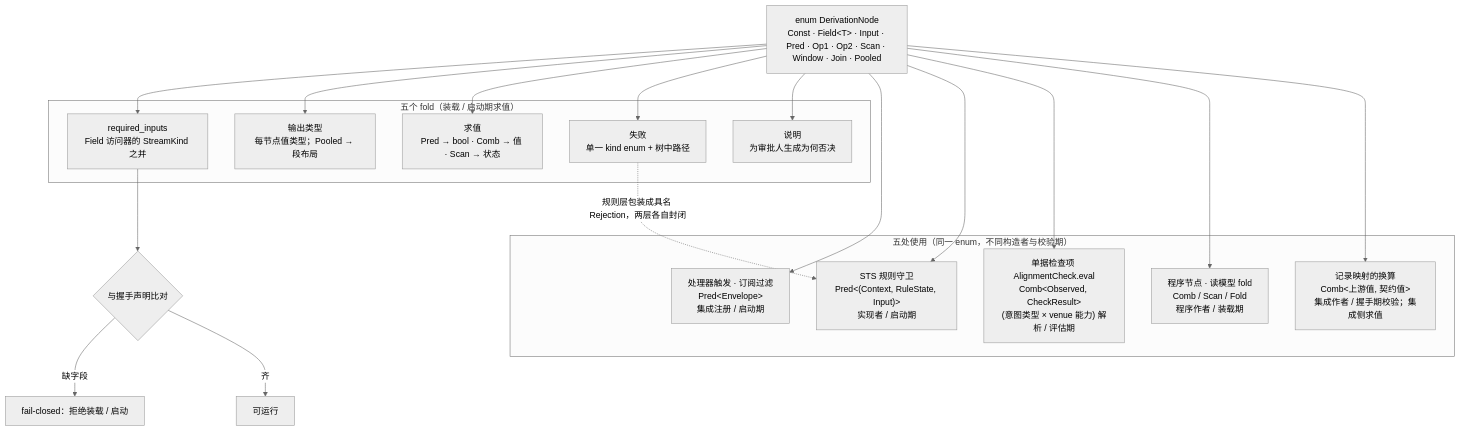
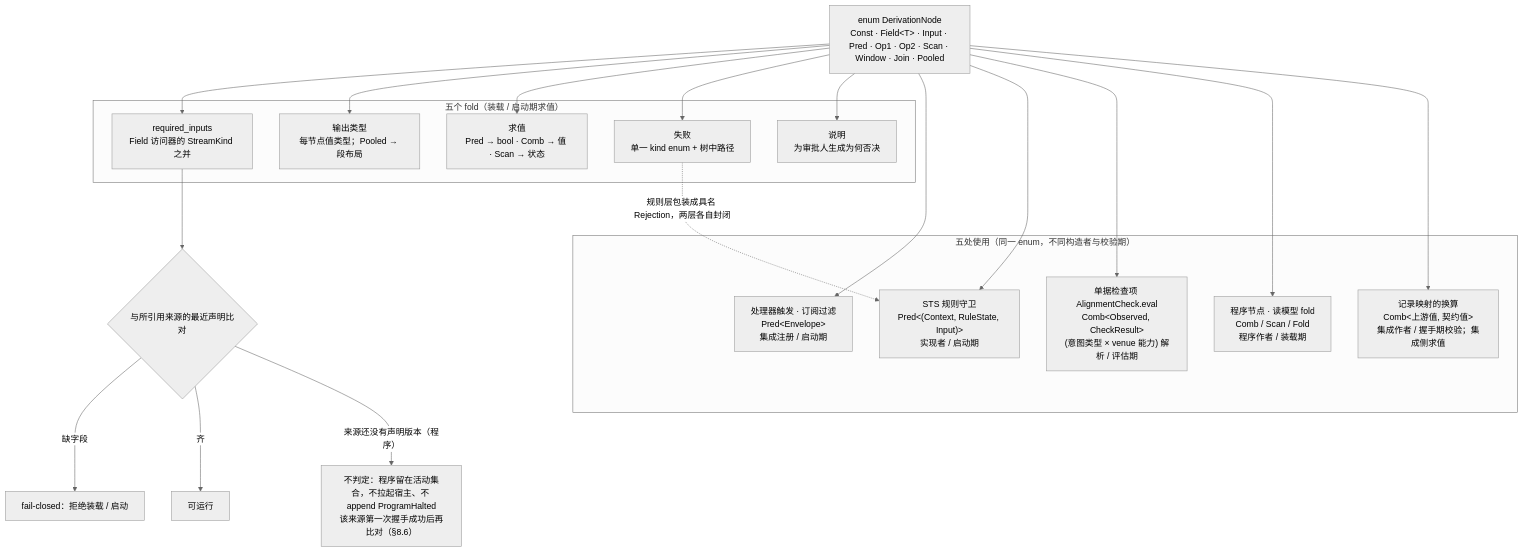
One commit to mouriya-s-lab/uta changed the third of 4 diagrams in design/diagrams/02-record-model.md. Above: the diagram before and after it, drawn with Mermaid (neutral theme). The commit also changed other lines of this file and 8 other files, not shown here.

Commit message:
design: push_ordered as fourth declared order evidence, coverage from route-conclusion records with route re-sent per stream epoch, mid-session stream epochs, opaque completeness token downstream, sources without session state, diagram fixes

````diff
--- a/design/diagrams/02-record-model.md
+++ b/design/diagrams/02-record-model.md
@@ -73,24 +73,25 @@
 ```mermaid
 flowchart TB
   ENUM["enum DerivationNode<br/>Const · Field&lt;T&gt; · Input · Pred · Op1 · Op2 · Scan · Window · Join · Pooled"]
   subgraph FOLDS["五个 fold（装载 / 启动期求值）"]
     F1["required_inputs<br/>Field 访问器的 StreamKind 之并"]
     F2["输出类型<br/>每节点值类型；Pooled → 段布局"]
     F3["求值<br/>Pred → bool · Comb → 值 · Scan → 状态"]
     F4["失败<br/>单一 kind enum + 树中路径"]
     F5["说明<br/>为审批人生成为何否决"]
   end
   ENUM --> F1 & F2 & F3 & F4 & F5
-  F1 --> CMP{"与握手声明比对"}
+  F1 --> CMP{"与所引用来源的最近声明比对"}
   CMP -->|"缺字段"| FC["fail-closed：拒绝装载 / 启动"]
   CMP -->|"齐"| OK["可运行"]
+  CMP -->|"来源还没有声明版本（程序）"| WAIT["不判定：程序留在活动集合，不拉起宿主、不 append ProgramHalted<br/>该来源第一次握手成功后再比对（§8.6）"]
   subgraph USES["五处使用（同一 enum，不同构造者与校验期）"]
     U1["处理器触发 · 订阅过滤<br/>Pred&lt;Envelope&gt;<br/>集成注册 / 启动期"]
     U2["STS 规则守卫<br/>Pred&lt;(Context, RuleState, Input)&gt;<br/>实现者 / 启动期"]
     U3["单据检查项 AlignmentCheck.eval<br/>Comb&lt;Observed, CheckResult&gt;<br/>(意图类型 × venue 能力) 解析 / 评估期"]
     U4["程序节点 · 读模型 fold<br/>Comb / Scan / Fold<br/>程序作者 / 装载期"]
     U5["记录映射的换算<br/>Comb&lt;上游值, 契约值&gt;<br/>集成作者 / 握手期校验；集成侧求值"]
   end
   ENUM --> U1 & U2 & U3 & U4 & U5
   F4 -.->|"规则层包装成具名 Rejection，两层各自封闭"| U2
 ```
````
